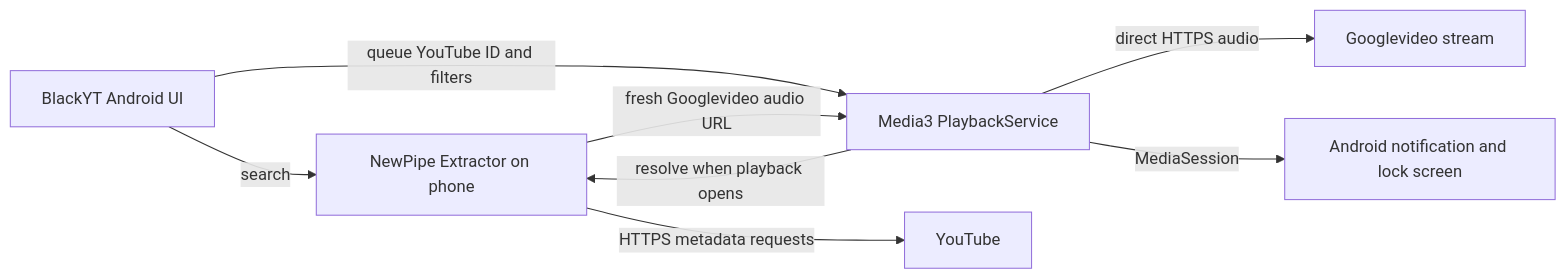
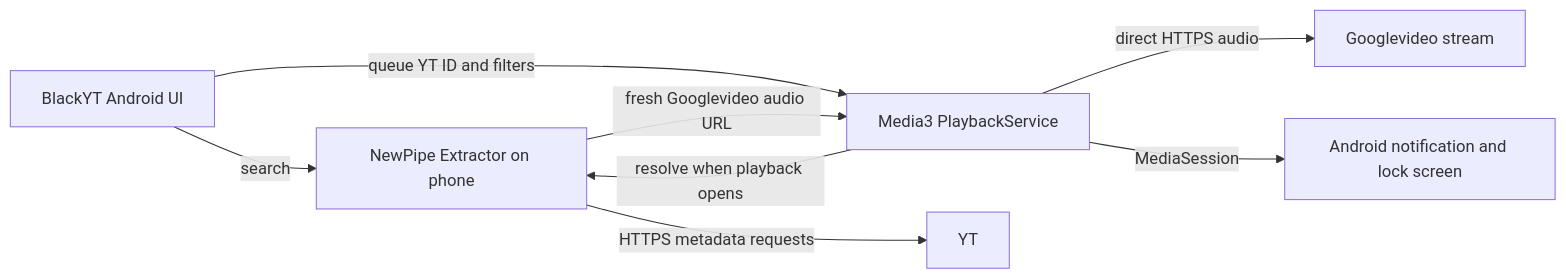
Before and after one commit to ezzye/BlackYT: the diagram in docs/ARCHITECTURE.md, drawn with Mermaid. The commit also changed other lines of this file and 21 other files, not shown here.

````diff
--- a/docs/ARCHITECTURE.md
+++ b/docs/ARCHITECTURE.md
@@ -7,10 +7,10 @@
 ```mermaid
 flowchart LR
   UI[BlackYT Android UI] -->|search| NP[NewPipe Extractor on phone]
-  UI -->|queue YouTube ID and filters| S[Media3 PlaybackService]
+  UI -->|queue YT ID and filters| S[Media3 PlaybackService]
   S -->|resolve when playback opens| NP
-  NP -->|HTTPS metadata requests| YT[YouTube]
+  NP -->|HTTPS metadata requests| YT[YT]
   NP -->|fresh Googlevideo audio URL| S
   S -->|direct HTTPS audio| GV[Googlevideo stream]
   S -->|MediaSession| OS[Android notification and lock screen]
 ```
````
